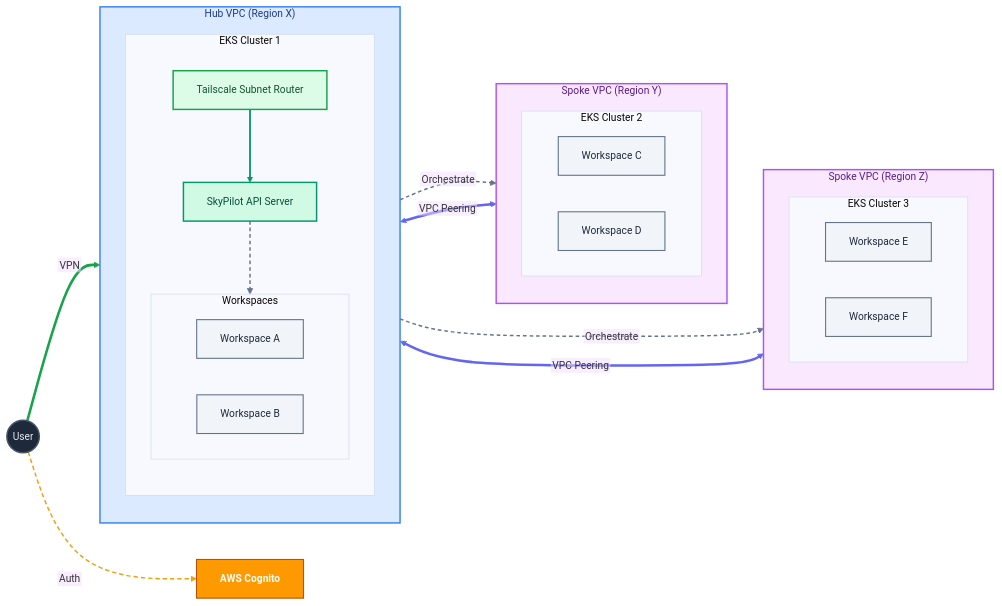
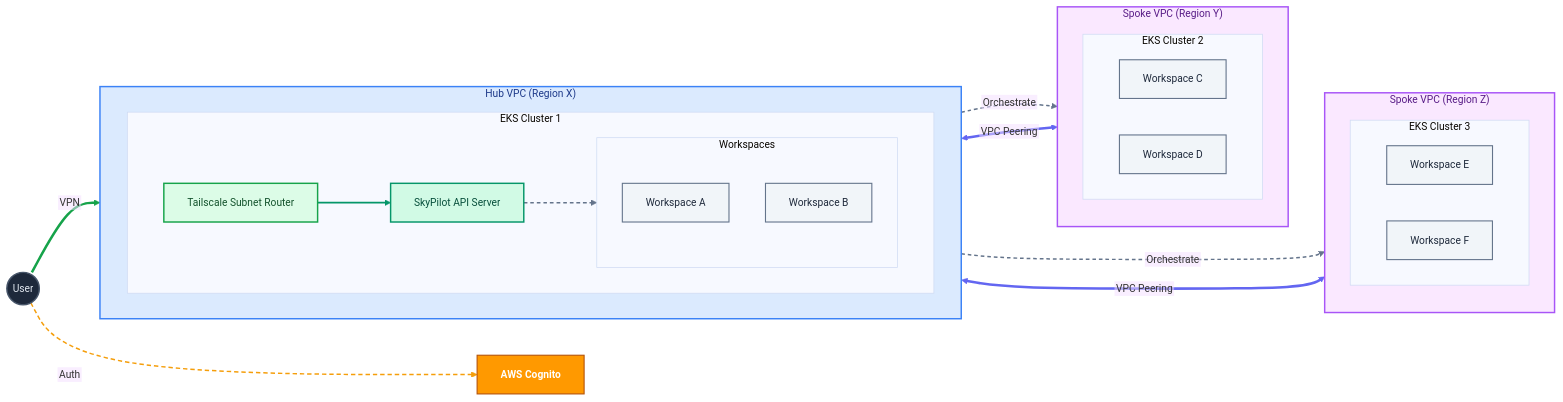
The diagram in projects/skypilot-multi-tenant/README.md (roulbac/pulumi-eks-ml), drawn with Mermaid before and after one commit.

Commit message:
Make full diagram flow horizontal (left-to-right)
Switch the Hub VPC and its EKS cluster to LR so the internal flow
Tailscale -> API -> Workspaces runs left-to-right instead of top-to-bottom,
matching the overall horizontal layout. The User -> VPN -> API -> Workspaces
-> spoke path now reads as a single left-to-right flow.

Claude-Session: https://claude.ai/code/session_01Mzp6ZE86fVjyEgb596Z5HG

```diff
--- a/projects/skypilot-multi-tenant/README.md
+++ b/projects/skypilot-multi-tenant/README.md
@@ -41,16 +41,16 @@
     Cognito[AWS Cognito]:::aws
 
     subgraph HubVPC ["Hub VPC (Region X)"]
-        direction TB
+        direction LR
 
         subgraph HubEKS [EKS Cluster 1]
-            direction TB
+            direction LR
 
             Tailscale[Tailscale Subnet Router]:::vpn
             API[SkyPilot API Server]:::api
 
             subgraph HubWorkspaces [Workspaces]
-                direction LR
+                direction TB
                 WA[Workspace A]:::node
                 WB[Workspace B]:::node
             end
```
